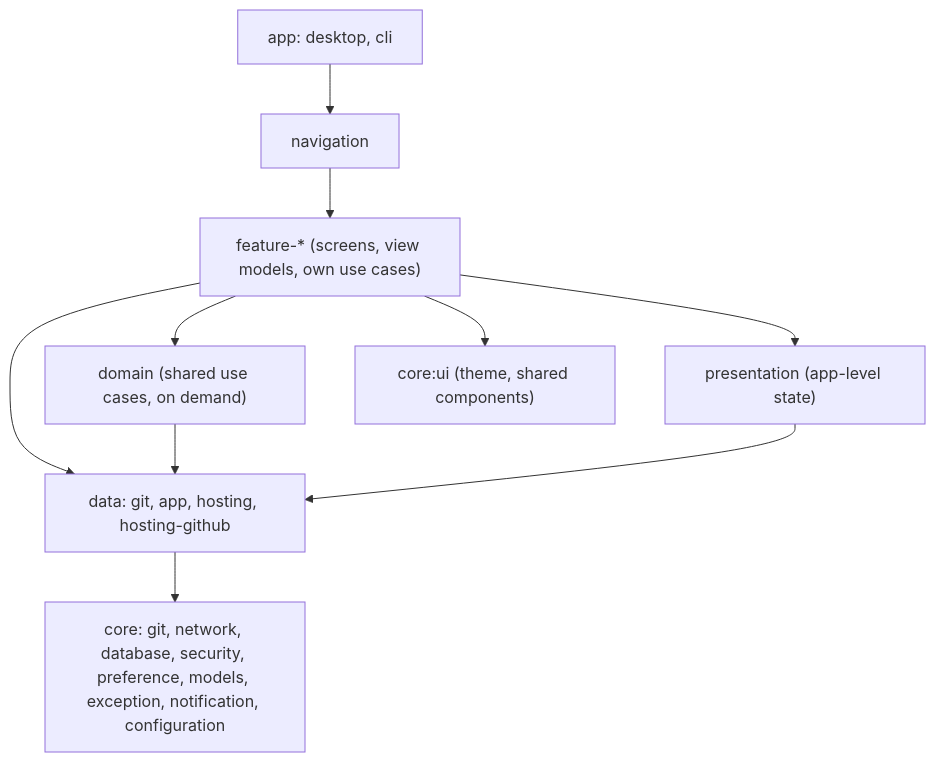
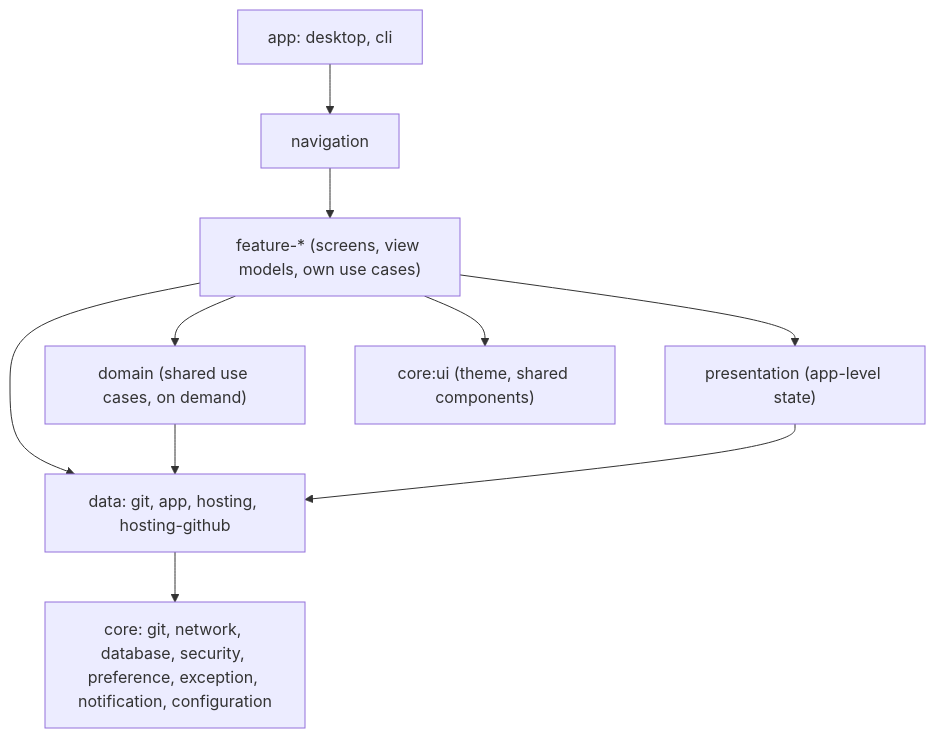
Before and after one commit to srctool/graft: the diagram in docs/design/01 - Foundations/02 - Architecture.md, drawn with Mermaid. The commit also changed other lines of this file and 42 other files, not shown here.

First line of the commit message:
feat(data-git): add the log and refs parsers with their models

````diff
--- a/docs/design/01 - Foundations/02 - Architecture.md
+++ b/docs/design/01 - Foundations/02 - Architecture.md
@@ -30,12 +30,12 @@
 ```mermaid
 flowchart TB
     app["app: desktop, cli"] --> nav["navigation"]
     nav --> feat["feature-* (screens, view models, own use cases)"]
     feat --> dom["domain (shared use cases, on demand)"]
     feat --> pres["presentation (app-level state)"]
     feat --> data["data: git, app, hosting, hosting-github"]
     dom --> data
     pres --> data
-    data --> core["core: git, network, database, security, preference, models, exception, notification, configuration"]
+    data --> core["core: git, network, database, security, preference, exception, notification, configuration"]
     feat --> ui["core:ui (theme, shared components)"]
 ```
````
